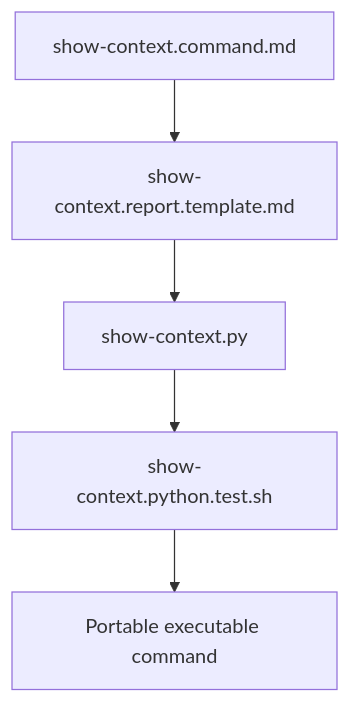
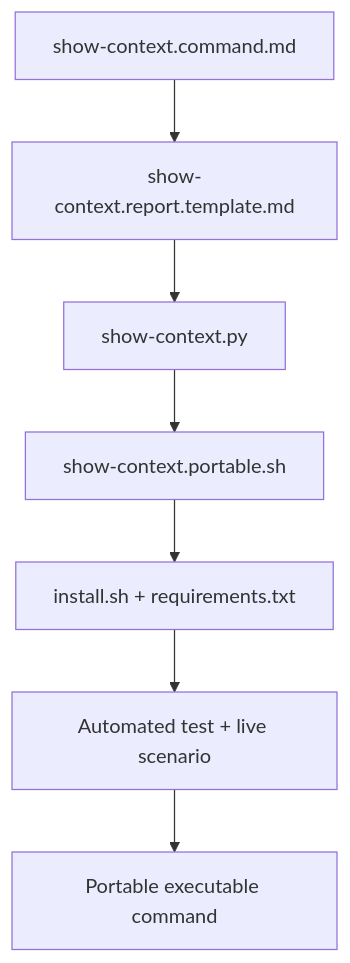
The second of 6 diagrams in show-context/README.md (starodubtsevconsulting/ai-commands), drawn with Mermaid before and after one commit. The commit also changed other lines of this file and 8 other files, not shown here.

Commit message:
show-context: add live acceptance scenario

````diff
--- a/show-context/README.md
+++ b/show-context/README.md
@@ -25,8 +25,10 @@
 ```mermaid
 flowchart TD
   Contract["show-context.command.md"]
   Contract --> Template["show-context.report.template.md"]
   Template --> Python["show-context.py"]
-  Python --> Test["show-context.python.test.sh"]
-  Test --> Outcome["Portable executable command"]
+  Python --> Wrapper["show-context.portable.sh"]
+  Wrapper --> Installer["install.sh + requirements.txt"]
+  Installer --> Tests["Automated test + live scenario"]
+  Tests --> Outcome["Portable executable command"]
 ```
````
